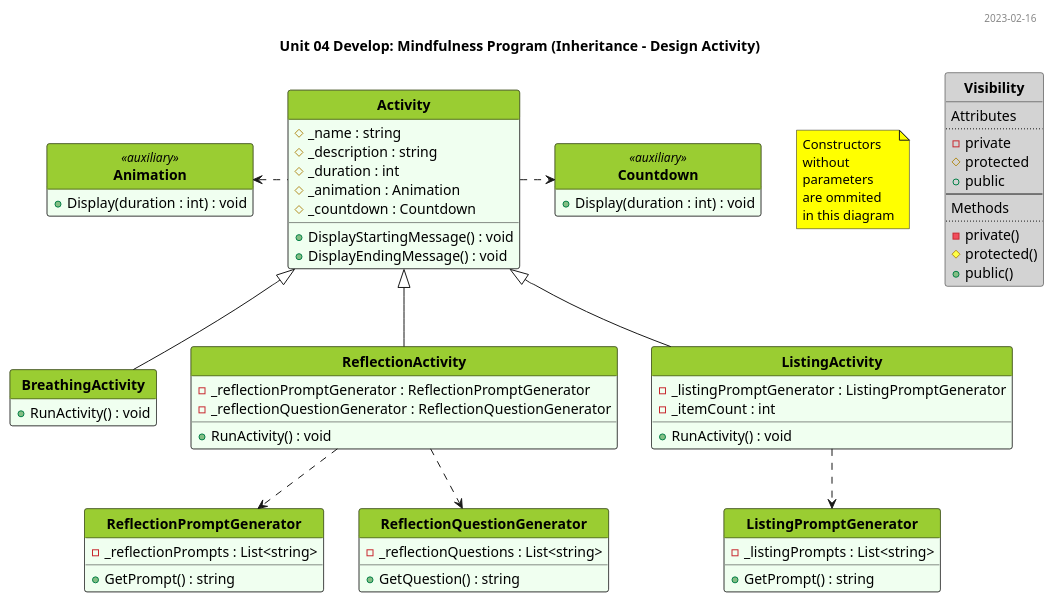
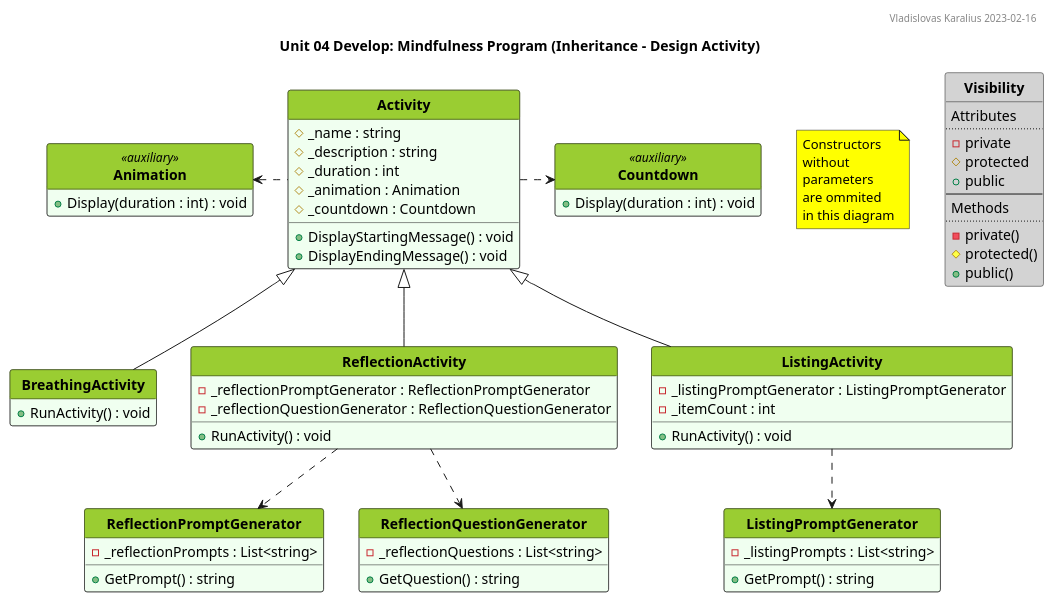
Before and after one commit to VladKaralius/cse210-projects: the diagram in prove/Develop04/UML_diagram.pu, drawn with PlantUML. The commit also changed 4 other files, not shown here.

```diff
--- a/prove/Develop04/UML_diagram.pu
+++ b/prove/Develop04/UML_diagram.pu
@@ -1,123 +1,123 @@
 @startuml UML_diagram
 
 '--Formatting options--
 hide circle
 hide empty members
 'skinparam classAttributeIconSize 0
 skinparam style strictuml
 'skinparam groupInheritance 2
 'skinparam linetype ortho
 'skinparam Nodesep 15
 'skinparam Ranksep 25
 'left to right direction
 
 '--Styling--
 'skinparam BackgroundColor White/LightGreen
 <style>
 classDiagram {
   class {
     '-attributes and methods-
     'FontSize 14
     'FontColor black
     'BackgroundColor #fefece
     BackgroundColor #f0fff0
     'RoundCorner 0
     '-class name-
     header {
       'FontSize 12
       'FontColor Black
       FontStyle bold
       BackgroundColor YellowGreen
     }
   }
   note {
     BackgroundColor Yellow
   }
 }
 </style>
 
 '--Header/footer, title, legend--
-header 2023-02-16
+header Vladislovas Karalius 2023-02-16
 title Unit 04 Develop: Mindfulness Program (Inheritance - Design Activity)
 
 'legend top left
 '  Constructors without parameters are ommited in this diagram
 'endlegend
 
 note "Constructors\nwithout\nparameters\nare ommited\nin this diagram" as N1
 
 ' Dummy class that explains visibility symbols
 class Visibility #LightGray{
 Attributes
 ..
 - private
 # protected
 + public
 --
 Methods
 ..
 - private()
 # protected()
 + public()
 }
 
 '--Main--
 class Activity {
   # _name : string
   # _description : string
   # _duration : int
   # _animation : Animation
   # _countdown : Countdown
   + DisplayStartingMessage() : void
   + DisplayEndingMessage() : void
 }
 
 class BreathingActivity {
   + RunActivity() : void
 }
 
 class ReflectionActivity {
   - _reflectionPromptGenerator : ReflectionPromptGenerator
   - _reflectionQuestionGenerator : ReflectionQuestionGenerator
   + RunActivity() : void
 }
 
 class ListingActivity {
   - _listingPromptGenerator : ListingPromptGenerator
   - _itemCount : int
   + RunActivity() : void
 }
 
 class ReflectionPromptGenerator {
   - _reflectionPrompts : List<string>
   + GetPrompt() : string
 }
 
 class ReflectionQuestionGenerator {
   - _reflectionQuestions : List<string>
   + GetQuestion() : string
 }
 
 class ListingPromptGenerator {
   - _listingPrompts : List<string>
   + GetPrompt() : string
 }
 
 class Animation <<auxiliary>> {
   + Display(duration : int) : void
 }
 
 class Countdown <<auxiliary>> {
   + Display(duration : int) : void
 }
 
 Activity <|-- BreathingActivity
 Activity <|-- ReflectionActivity
 Activity <|-- ListingActivity
 ReflectionActivity ..> ReflectionPromptGenerator
 ReflectionActivity ..> ReflectionQuestionGenerator
 ListingActivity ..> ListingPromptGenerator
 Activity .left.> Animation
 Activity .right.> Countdown
 
 @enduml
```
